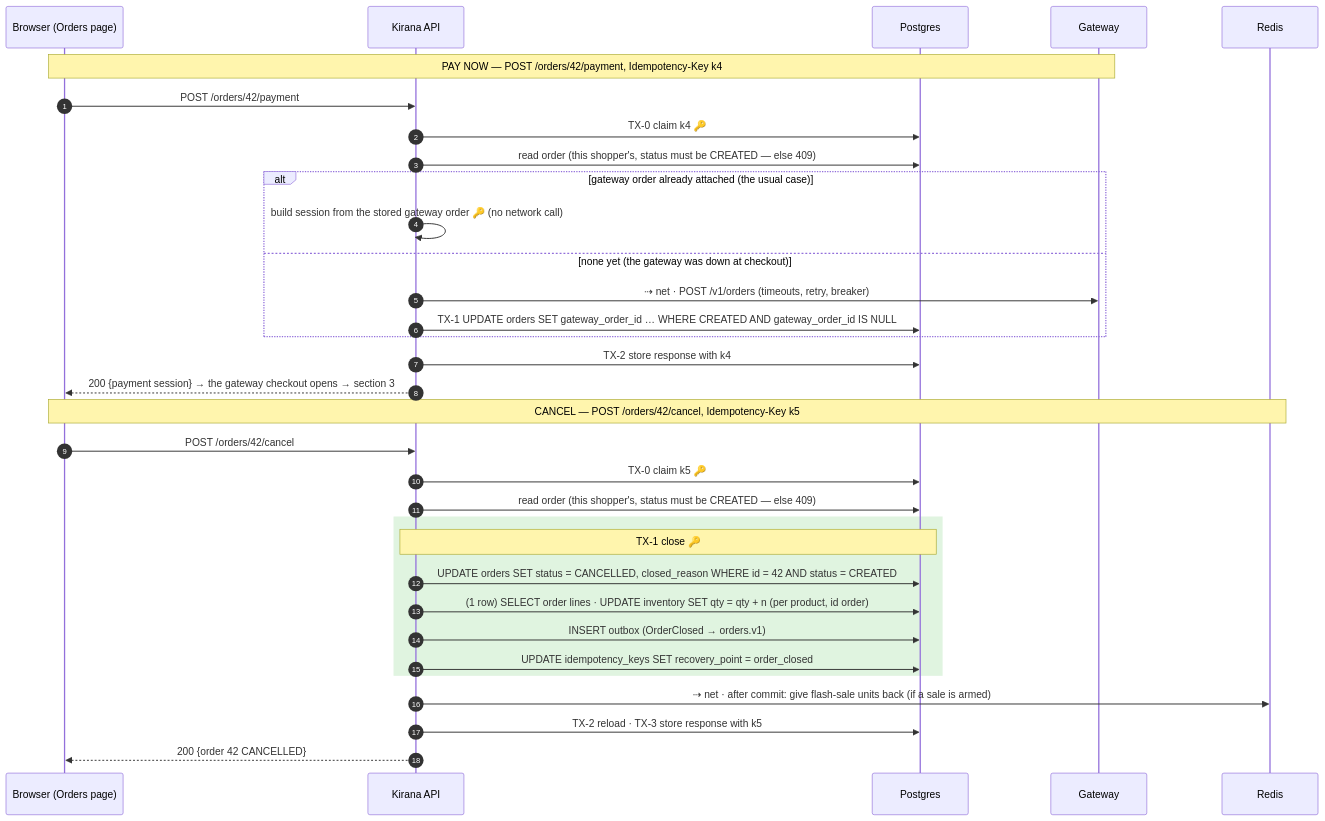
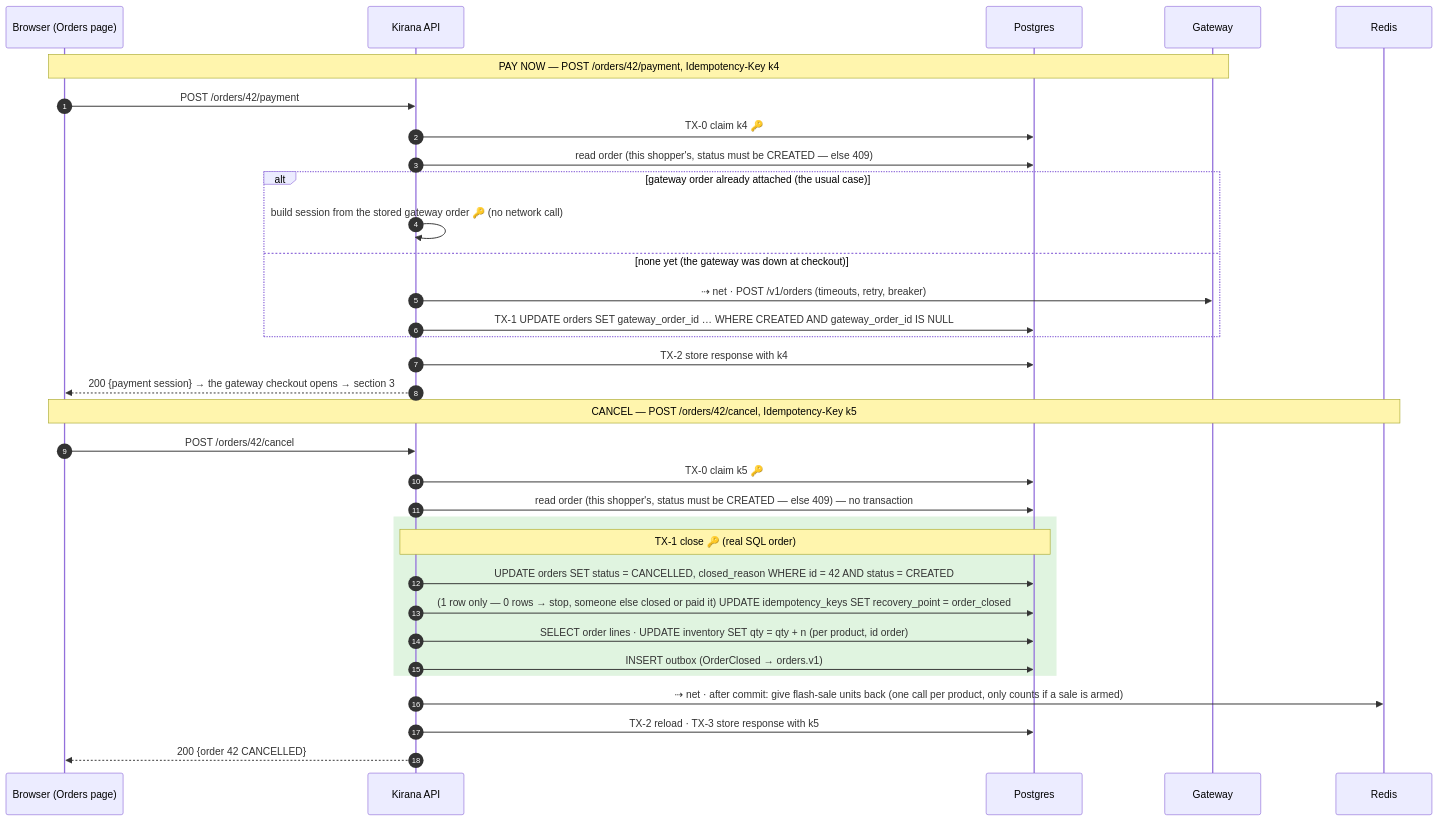
The seventh of 11 diagrams in docs/flows.md (ravikant06/kirana), drawn with Mermaid before and after one commit. The commit also changed other lines of this file and 1 other file, not shown here.

First line of the commit message:
flows.md: corrections from a review against code and a SQL trace

````diff
--- a/docs/flows.md
+++ b/docs/flows.md
@@ -274,37 +281,37 @@
 ```mermaid
 sequenceDiagram
     autonumber
     participant B as Browser (Orders page)
     participant API as Kirana API
     participant PG as Postgres
     participant GW as Gateway
     participant R as Redis
 
     Note over B,GW: PAY NOW — POST /orders/42/payment, Idempotency-Key k4
     B->>API: POST /orders/42/payment
     API->>PG: TX-0 claim k4 🔑
     API->>PG: read order (this shopper's, status must be CREATED — else 409)
     alt gateway order already attached (the usual case)
         API->>API: build session from the stored gateway order 🔑 (no network call)
     else none yet (the gateway was down at checkout)
         API->>GW: ⇢ net · POST /v1/orders (timeouts, retry, breaker)
         API->>PG: TX-1 UPDATE orders SET gateway_order_id … WHERE CREATED AND gateway_order_id IS NULL
     end
     API->>PG: TX-2 store response with k4
     API-->>B: 200 {payment session} → the gateway checkout opens → section 3
 
     Note over B,R: CANCEL — POST /orders/42/cancel, Idempotency-Key k5
     B->>API: POST /orders/42/cancel
     API->>PG: TX-0 claim k5 🔑
-    API->>PG: read order (this shopper's, status must be CREATED — else 409)
+    API->>PG: read order (this shopper's, status must be CREATED — else 409) — no transaction
     rect rgba(0,160,0,0.12)
-    Note over API,PG: TX-1 close 🔑
+    Note over API,PG: TX-1 close 🔑 (real SQL order)
     API->>PG: UPDATE orders SET status = CANCELLED, closed_reason WHERE id = 42 AND status = CREATED
-    API->>PG: (1 row) SELECT order lines · UPDATE inventory SET qty = qty + n (per product, id order)
+    API->>PG: (1 row only — 0 rows → stop, someone else closed or paid it) UPDATE idempotency_keys SET recovery_point = order_closed
+    API->>PG: SELECT order lines · UPDATE inventory SET qty = qty + n (per product, id order)
     API->>PG: INSERT outbox (OrderClosed → orders.v1)
-    API->>PG: UPDATE idempotency_keys SET recovery_point = order_closed
     end
-    API->>R: ⇢ net · after commit: give flash-sale units back (if a sale is armed)
+    API->>R: ⇢ net · after commit: give flash-sale units back (one call per product, only counts if a sale is armed)
     API->>PG: TX-2 reload · TX-3 store response with k5
     API-->>B: 200 {order 42 CANCELLED}
 ```
````
